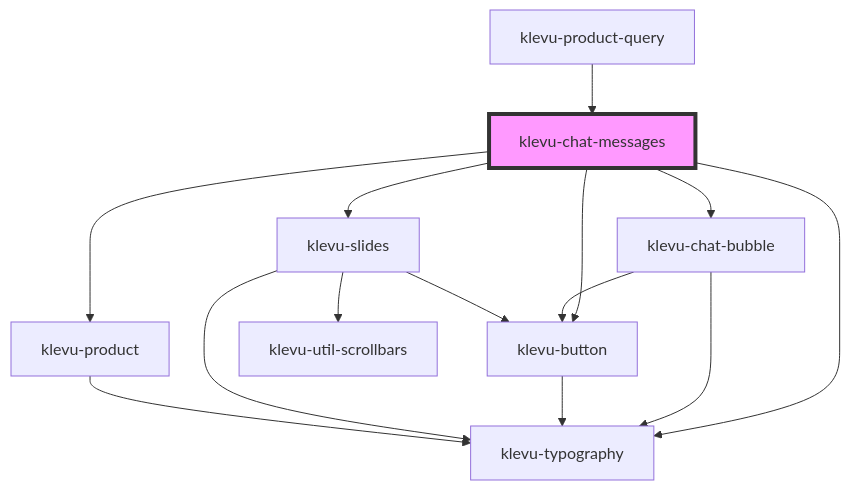
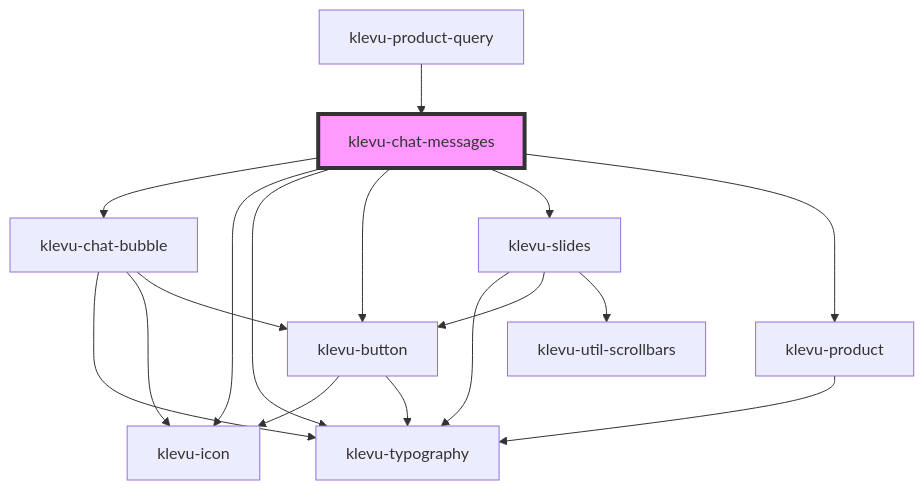
One commit to klevultd/frontend-sdk changed the diagram in packages/klevu-ui/src/components/klevu-chat-messages/readme.md. Above: the diagram before and after it, drawn with Mermaid. The commit also changed other lines of this file and 80 other files, not shown here.

Commit message:
Create a klevu-icon component

````diff
--- a/packages/klevu-ui/src/components/klevu-chat-messages/readme.md
+++ b/packages/klevu-ui/src/components/klevu-chat-messages/readme.md
@@ -57,17 +51,20 @@
 ```mermaid
 graph TD;
   klevu-chat-messages --> klevu-chat-bubble
+  klevu-chat-messages --> klevu-icon
   klevu-chat-messages --> klevu-typography
   klevu-chat-messages --> klevu-button
   klevu-chat-messages --> klevu-slides
   klevu-chat-messages --> klevu-product
   klevu-chat-bubble --> klevu-typography
+  klevu-chat-bubble --> klevu-icon
   klevu-chat-bubble --> klevu-button
+  klevu-button --> klevu-icon
   klevu-button --> klevu-typography
   klevu-slides --> klevu-typography
   klevu-slides --> klevu-button
   klevu-slides --> klevu-util-scrollbars
   klevu-product --> klevu-typography
   klevu-product-query --> klevu-chat-messages
   style klevu-chat-messages fill:#f9f,stroke:#333,stroke-width:4px
 ```
````
